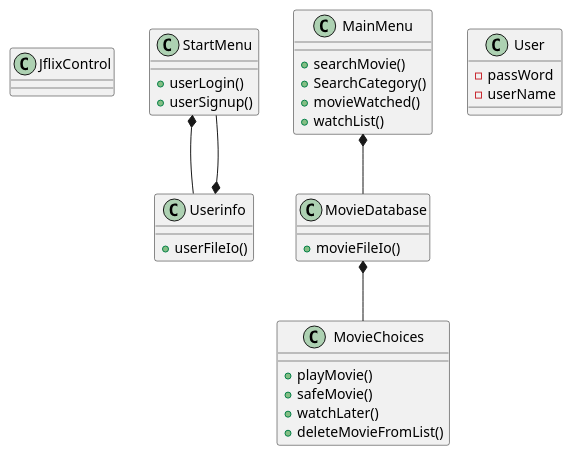
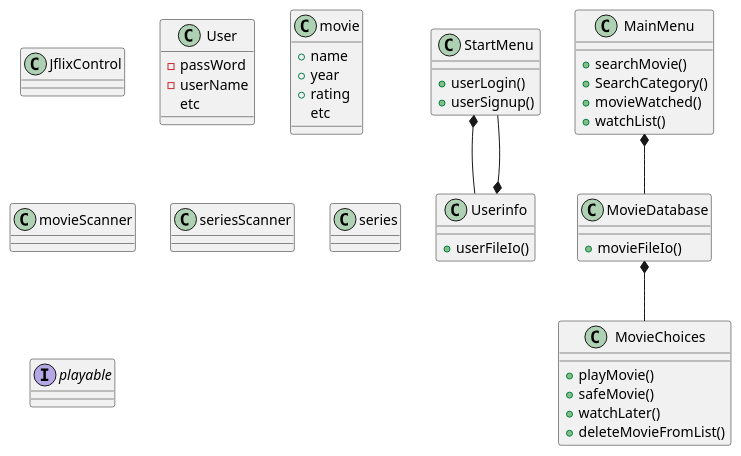
Before and after one commit to JuliusLansner/SP3-J: the diagram in sp33/src/sp3.puml, drawn with PlantUML.

Commit message:
updates part 2

```diff
--- a/sp33/src/sp3.puml
+++ b/sp33/src/sp3.puml
@@ -1,41 +1,56 @@
 @startuml
 
 class JflixControl
 
 class StartMenu
 
 StartMenu : + userLogin()
 StartMenu : + userSignup()
 
 class MainMenu
 MainMenu : +searchMovie()
 MainMenu : +SearchCategory()
 MainMenu : +movieWatched()
 MainMenu : +watchList()
 
 class Userinfo
 Userinfo : +userFileIo()
 
 
 class User
 User : -passWord
 User : -userName
-
+User : etc
 
 class MovieDatabase
 MovieDatabase : +movieFileIo()
 
 class MovieChoices
 MovieChoices : +playMovie()
 MovieChoices : +safeMovie()
 MovieChoices : +watchLater()
 MovieChoices : +deleteMovieFromList()
 
+class movie
+movie : +name
+movie : +year
+movie : +rating
+movie : etc
+
+class movieScanner
+
+class seriesScanner
+
+class series
+
+interface playable
+
+
 
 MainMenu *-- MovieDatabase
 MovieDatabase *-- MovieChoices
 StartMenu *-- Userinfo
 StartMenu --* Userinfo
 
 
 @enduml
```
